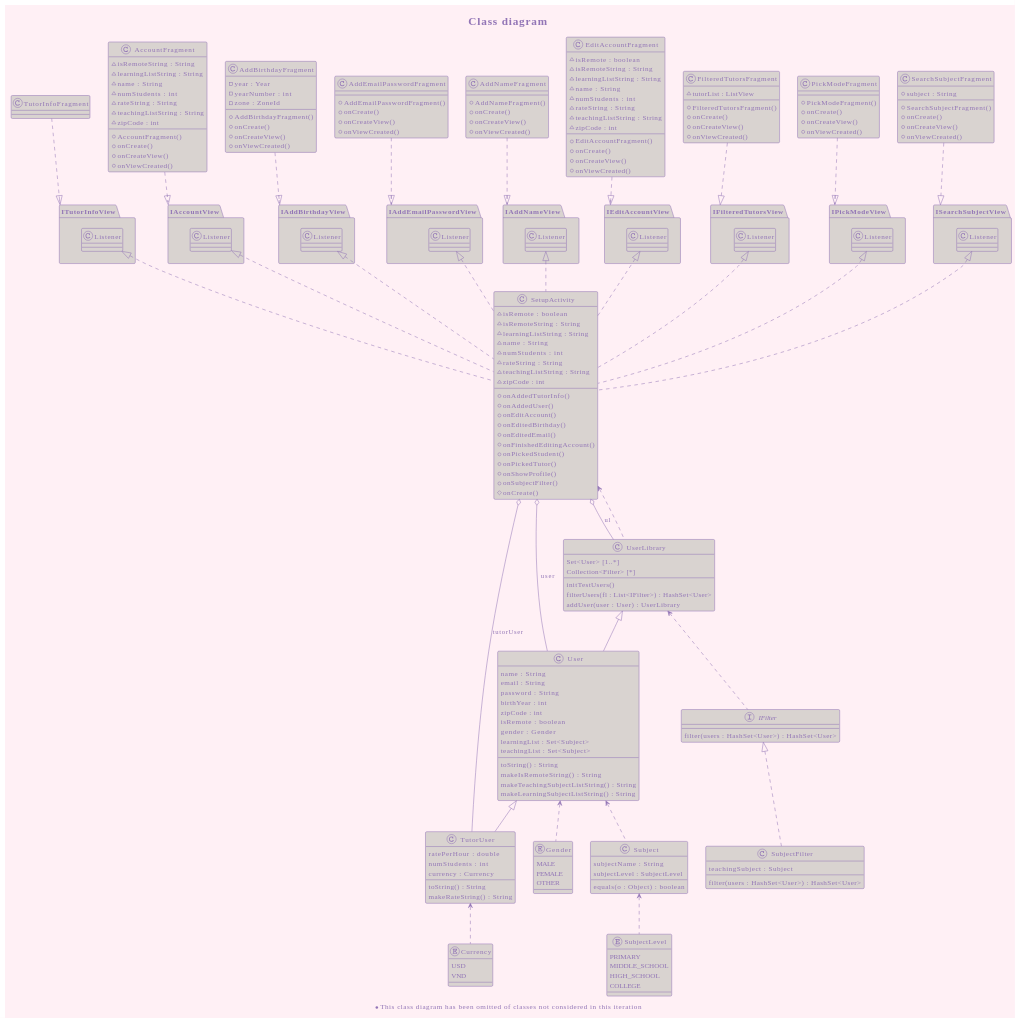
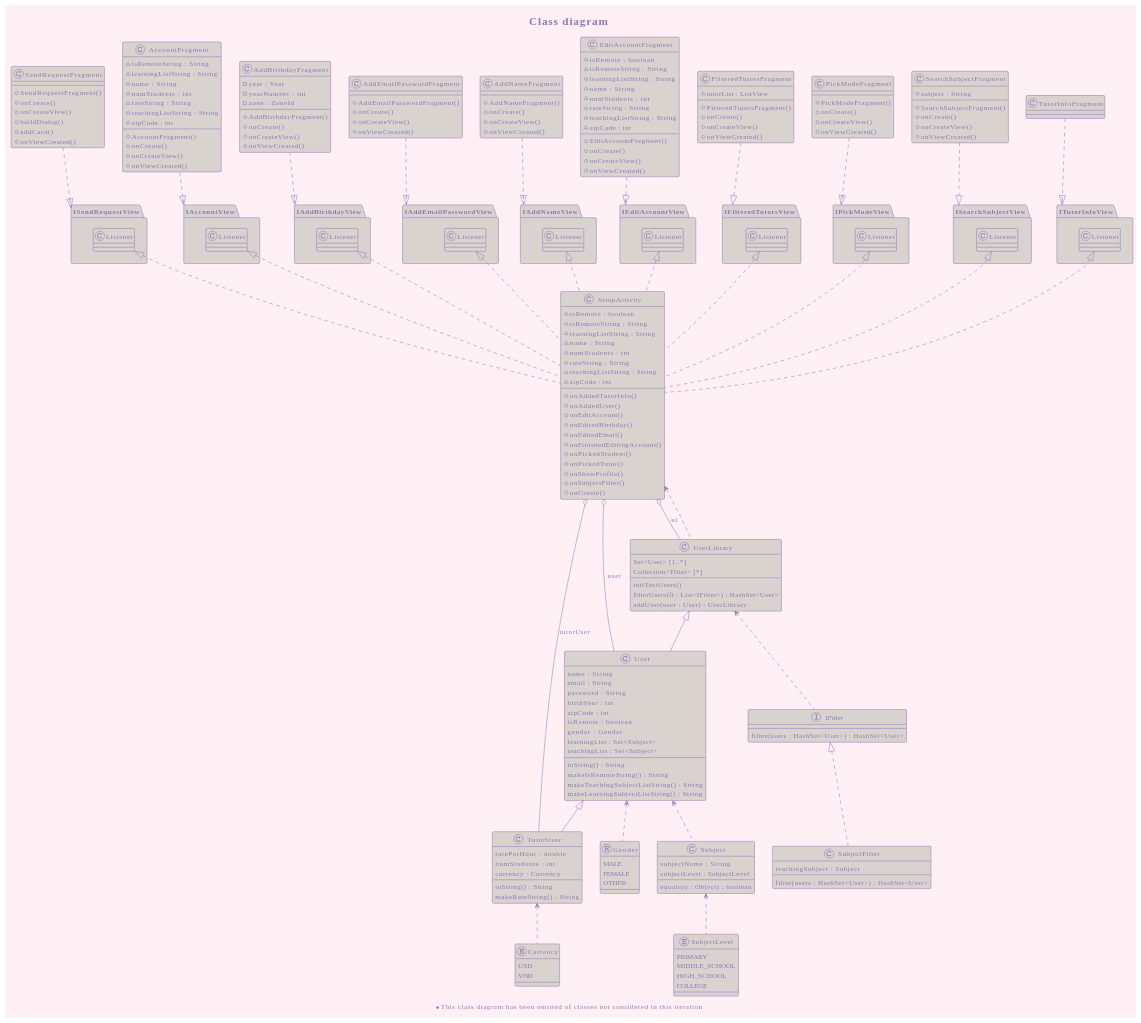
Before and after one commit to klaireklaire/EduBuddy: the fifth of 5 diagrams in intellij/doc/design.md, drawn with PlantUML. The commit also changed other lines of this file and 70 other files, not shown here.

```diff
--- a/intellij/doc/design.md
+++ b/intellij/doc/design.md
@@ -300,6 +340,15 @@
           + onCreateView()
           + onViewCreated()
       }
+      
+class SendRequestFragment {
+          + SendRequestFragment()
+          + onCreate()
+          + onCreateView()
+          + buildDialog() 
+          + addCard()
+          + onViewCreated()
+      }   
 
 SetupActivity .up.|> IAccountView.Listener
 SetupActivity .up.|> IAddBirthdayView.Listener
@@ -310,6 +359,7 @@
 SetupActivity .up.|> IPickModeView.Listener
 SetupActivity .up.|> ISearchSubjectView.Listener
 SetupActivity .up.|> ITutorInfoView.Listener
+SetupActivity .up.|> ISendRequestView.Listener
 SetupActivity o-- TutorUser : tutorUser
 SetupActivity o-- UserLibrary : ul
 SetupActivity o-- User : user
@@ -322,6 +372,7 @@
 IPickModeView <|.up. PickModeFragment
 ISearchSubjectView <|.up. SearchSubjectFragment
 ITutorInfoView <|.up. TutorInfoFragment
+ISendRequestView <|.up. SendRequestFragment
 
 class UserLibrary {
     Set<User> [1..*] 
```
